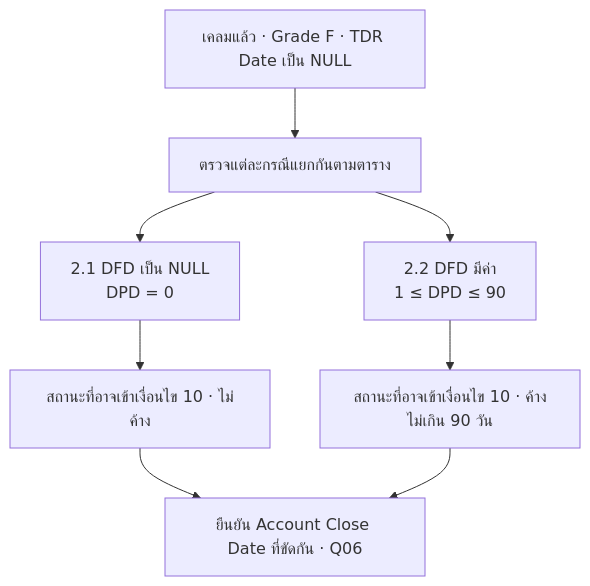
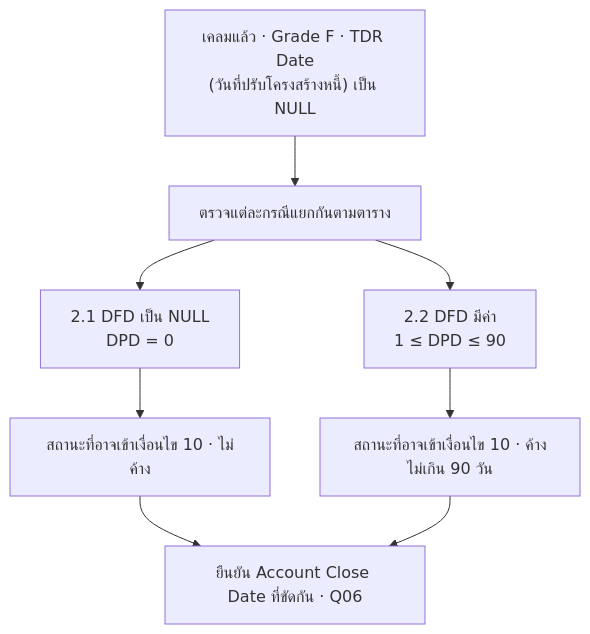
The second of 10 diagrams in app/account-status/page.mdx (yukasung/eodncb), drawn with Mermaid before and after one commit. The commit also changed other lines of this file and 14 other files, not shown here.

````diff
--- a/app/account-status/page.mdx
+++ b/app/account-status/page.mdx
@@ -131,10 +131,10 @@
 ```mermaid
 flowchart TD
-    A[เคลมแล้ว · Grade F · TDR Date เป็น NULL] --> B[ตรวจแต่ละกรณีแยกกันตามตาราง]
+    A["เคลมแล้ว · Grade F · TDR Date<br/>(วันที่ปรับโครงสร้างหนี้) เป็น NULL"] --> B[ตรวจแต่ละกรณีแยกกันตามตาราง]
     B --> C[2.1 DFD เป็น NULL<br/>DPD = 0]
     B --> D[2.2 DFD มีค่า<br/>1 ≤ DPD ≤ 90]
     C --> E[สถานะที่อาจเข้าเงื่อนไข 10 · ไม่ค้าง]
     D --> F[สถานะที่อาจเข้าเงื่อนไข 10 · ค้างไม่เกิน 90 วัน]
     E --> Q[ยืนยัน Account Close Date ที่ขัดกัน · Q06]
     F --> Q
 ```
````
